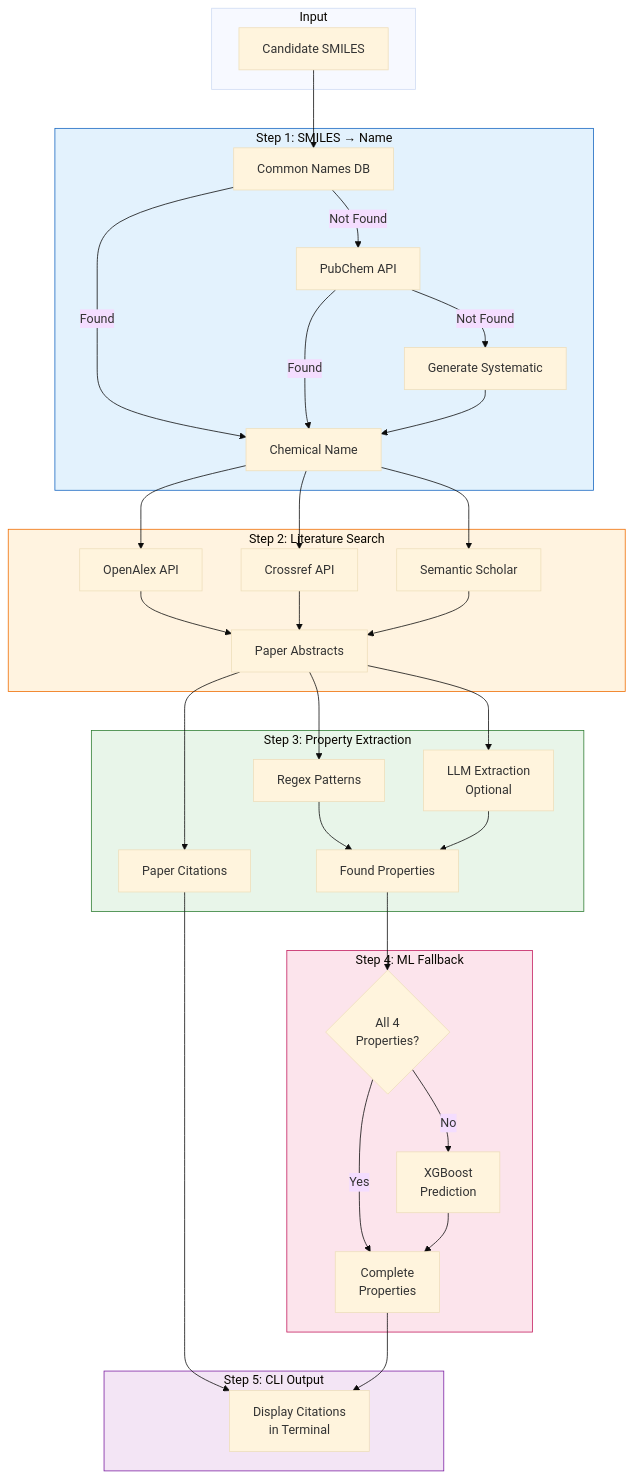
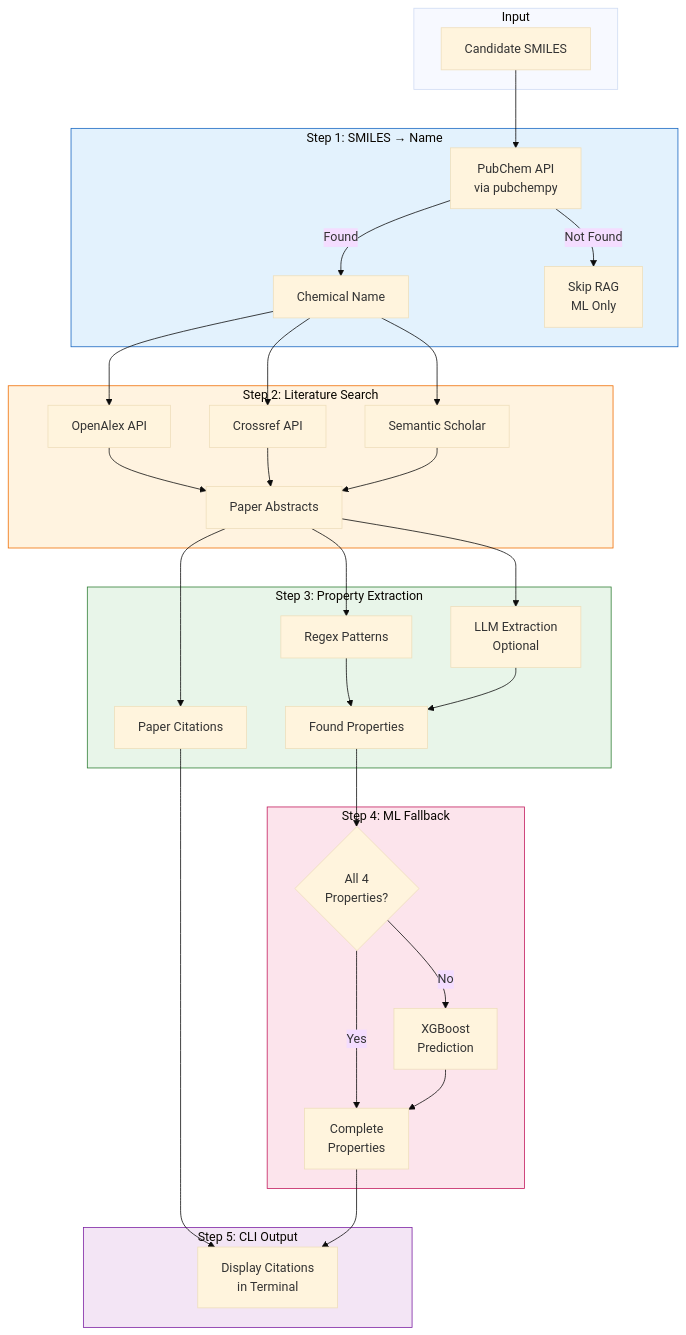
Diagram 11 of 19 in docs/system_design.md (josefberman/EnergeticGraph), drawn with Mermaid (base theme) before and after one commit. The commit also changed other lines of this file and 3 other files, not shown here.

Commit message:
refactor: Remove PubChem API usage from RAGConfig and related modules; update SMILES-to-name conversion to exclusively use PubChemPy, simplifying the conversion process and documentation for clarity.

````diff
--- a/docs/system_design.md
+++ b/docs/system_design.md
@@ -512,50 +512,47 @@
 ```mermaid
 flowchart TB
     subgraph Input["Input"]
         SMILES[Candidate SMILES]
     end
     
     subgraph NameConversion["Step 1: SMILES → Name"]
-        SMILES --> CommonDB[Common Names DB]
-        CommonDB -->|Not Found| PubChem[PubChem API]
-        PubChem -->|Not Found| Systematic[Generate Systematic]
-        CommonDB -->|Found| Name1[Chemical Name]
-        PubChem -->|Found| Name1
-        Systematic --> Name1
+        SMILES --> PubChem[PubChem API<br/>via pubchempy]
+        PubChem -->|Found| Name1[Chemical Name]
+        PubChem -->|Not Found| Skip[Skip RAG<br/>ML Only]
     end
     
     subgraph Search["Step 2: Literature Search"]
         Name1 --> OpenAlex[OpenAlex API]
         Name1 --> Crossref[Crossref API]
         Name1 --> SemanticScholar[Semantic Scholar]
         OpenAlex --> Papers[Paper Abstracts]
         Crossref --> Papers
         SemanticScholar --> Papers
     end
     
     subgraph Extract["Step 3: Property Extraction"]
         Papers --> Regex[Regex Patterns]
         Papers --> LLM[LLM Extraction<br/>Optional]
         Regex --> Found[Found Properties]
         LLM --> Found
         Papers --> Citations[Paper Citations]
     end
     
     subgraph Fallback["Step 4: ML Fallback"]
         Found --> Check{All 4<br/>Properties?}
         Check -->|No| MLPredict[XGBoost<br/>Prediction]
         Check -->|Yes| Output
         MLPredict --> Output[Complete<br/>Properties]
     end
     
     subgraph Display["Step 5: CLI Output"]
         Citations --> CLI[Display Citations<br/>in Terminal]
         Output --> CLI
     end
     
     style NameConversion fill:#e3f2fd,stroke:#1565c0
     style Search fill:#fff3e0,stroke:#ef6c00
     style Extract fill:#e8f5e9,stroke:#2e7d32
     style Fallback fill:#fce4ec,stroke:#c2185b
     style Display fill:#f3e5f5,stroke:#7b1fa2
 ```
````
